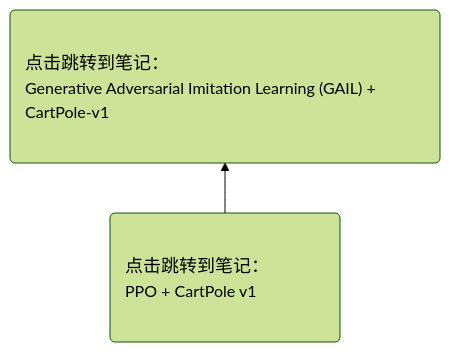
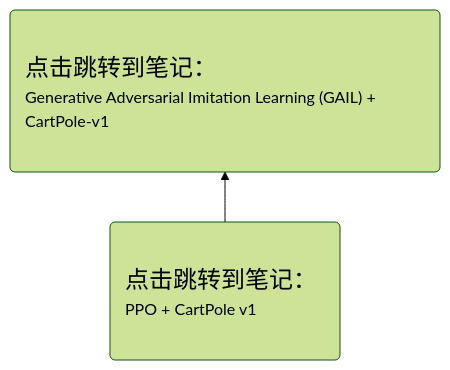
One commit to Gaoshu-root/Code-related-courses changed the diagram in 笔记封存/test.md. Above: the diagram before and after it, drawn with Mermaid (forest theme).

Commit message:
Update note links and formatting in test.md

````diff
--- a/笔记封存/test.md
+++ b/笔记封存/test.md
@@ -2,11 +2,11 @@
 ```mermaid
 graph BT
     classDef wide2 padding:400px;
     classDef wide1 padding:200px;
-    P1("<div style='text-align:left'><font size="4">点击跳转到笔记：</font><br>PPO + CartPole v1</div>") --> P2("<div style='text-align:left'><font size="4">点击跳转到笔记：</font><br>Generative Adversarial Imitation Learning (GAIL) + CartPole-v1</div>")
+    P1("<div style='text-align:left'><font size="5">点击跳转到笔记：</font><br>PPO + CartPole v1</div>") --> P2("<div style='text-align:left'><font size="5">点击跳转到笔记：</font><br>Generative Adversarial Imitation Learning (GAIL) + CartPole-v1</div>")
     class P1 wide1
     class P2 wide2
     click P1 "https://github.com/Gaoshu-root/Code-related-courses/blob/main/RL2024/PPO_%2B_CartPole_v1_.ipynb" _blank
     click P2 "https://github.com/Gaoshu-root/Code-related-courses/blob/main/RL2024/Generative%20Adversarial%20Imitation%20Learning(GAIL)/Generative%20Adversarial%20Imitation%20Learning%20(GAIL)%20%2B%20CartPole-v1%20.ipynb" _blank
 
 ```
````
